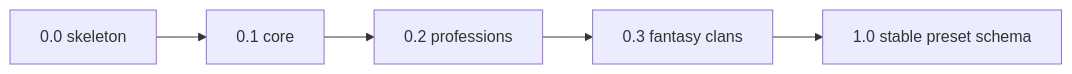
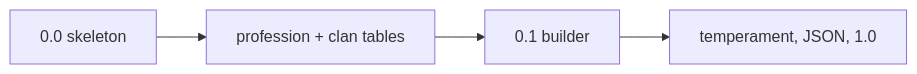
Before and after one commit to RossSim/archetypes: the diagram in docs/ROADMAP.md, drawn with Mermaid. The commit also changed other lines of this file and 9 other files, not shown here.

First line of the commit message:
Put catalog-first charter and public-hygiene rules in the tree.

````diff
--- a/docs/ROADMAP.md
+++ b/docs/ROADMAP.md
@@ -11,7 +13,6 @@
 ```mermaid
 flowchart LR
-  v00["0.0 skeleton"] --> v01["0.1 core"]
-  v01 --> v02["0.2 professions"]
-  v02 --> v03["0.3 fantasy clans"]
-  v03 --> v10["1.0 stable preset schema"]
+  v00["0.0 skeleton"] --> catalogs["profession + clan tables"]
+  catalogs --> v01["0.1 builder"]
+  v01 --> later["temperament, JSON, 1.0"]
 ```
````
